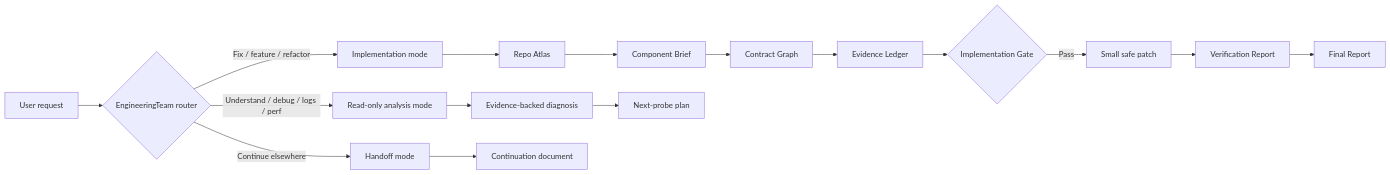
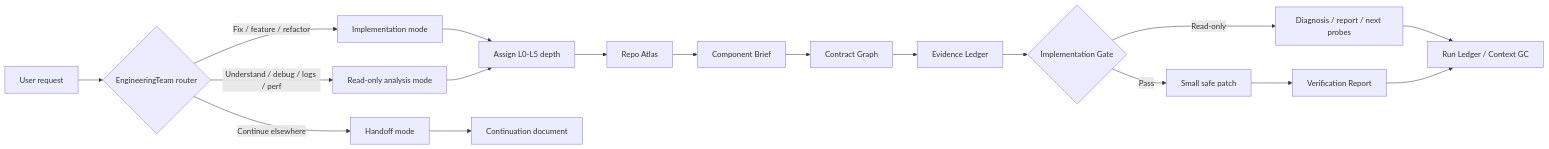
The first of 2 diagrams in README.md (daeon/EngineeringTeam), drawn with Mermaid before and after one commit. The commit also changed other lines of this file, not shown here.

Commit message:
Update README for read-only depth and run ledger

````diff
--- a/README.md
+++ b/README.md
@@ -36,22 +38,24 @@
 ```mermaid
 flowchart LR
     request[User request] --> router{EngineeringTeam router}
 
     router -->|Fix / feature / refactor| impl[Implementation mode]
     router -->|Understand / debug / logs / perf| analysis[Read-only analysis mode]
     router -->|Continue elsewhere| handoff[Handoff mode]
 
-    impl --> atlas[Repo Atlas]
+    impl --> depth[Assign L0-L5 depth]
+    analysis --> depth
+
+    depth --> atlas[Repo Atlas]
     atlas --> brief[Component Brief]
     brief --> contracts[Contract Graph]
     contracts --> evidence[Evidence Ledger]
     evidence --> gate{Implementation Gate}
     gate -->|Pass| patch[Small safe patch]
+    gate -->|Read-only| report[Diagnosis / report / next probes]
     patch --> verify[Verification Report]
-    verify --> final[Final Report]
-
-    analysis --> findings[Evidence-backed diagnosis]
-    findings --> probes[Next-probe plan]
+    report --> closeout[Run Ledger / Context GC]
+    verify --> closeout
 
     handoff --> capsule[Continuation document]
 ```
````
